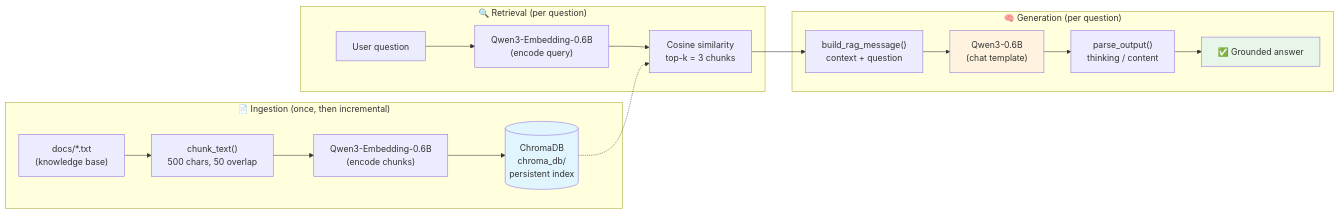
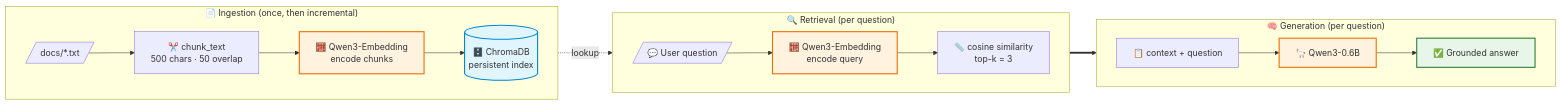
The first of 3 diagrams in README.md (farinaleo/simple-local-rag), drawn with Mermaid before and after one commit. The commit also changed other lines of this file and 1 other file, not shown here.

Commit message:
💄(docs) modernize readme with badges, tables and styled diagrams

````diff
--- a/README.md
+++ b/README.md
@@ -17,25 +53,31 @@
 ```mermaid
 flowchart LR
     subgraph INGEST["📄 Ingestion (once, then incremental)"]
-        A["docs/*.txt<br/>(knowledge base)"] --> B["chunk_text()<br/>500 chars, 50 overlap"]
-        B --> C["Qwen3-Embedding-0.6B<br/>(encode chunks)"]
-        C --> D[("ChromaDB<br/>chroma_db/<br/>persistent index")]
+        direction LR
+        A[/"docs/*.txt"/] --> B["✂️ chunk_text<br/>500 chars · 50 overlap"]
+        B --> C["🧮 Qwen3-Embedding<br/>encode chunks"]
+        C --> D[("🗄️ ChromaDB<br/>persistent index")]
     end
 
     subgraph QUERY["🔍 Retrieval (per question)"]
-        Q["User question"] --> E["Qwen3-Embedding-0.6B<br/>(encode query)"]
-        E --> F["Cosine similarity<br/>top-k = 3 chunks"]
-        D -.-> F
+        direction LR
+        Q[/"💬 User question"/] --> E["🧮 Qwen3-Embedding<br/>encode query"]
+        E --> F["📏 cosine similarity<br/>top-k = 3"]
     end
 
     subgraph GEN["🧠 Generation (per question)"]
-        F --> G["build_rag_message()<br/>context + question"]
-        G --> H["Qwen3-0.6B<br/>(chat template)"]
-        H --> I["parse_output()<br/>thinking / content"]
-        I --> ANS["✅ Grounded answer"]
+        direction LR
+        G["📋 context + question"] --> H["🦙 Qwen3-0.6B"]
+        H --> I["✅ Grounded answer"]
     end
 
-    style D fill:#e1f5fe
-    style H fill:#fff3e0
-    style ANS fill:#e8f5e9
+    D -."lookup".-> F
+    F ==> G
+
+    classDef store fill:#e1f5fe,stroke:#0288d1,stroke-width:2px
+    classDef model fill:#fff3e0,stroke:#ef6c00,stroke-width:2px
+    classDef done fill:#e8f5e9,stroke:#2e7d32,stroke-width:2px
+    class D store
+    class C,E,H model
+    class I done
 ```
````
